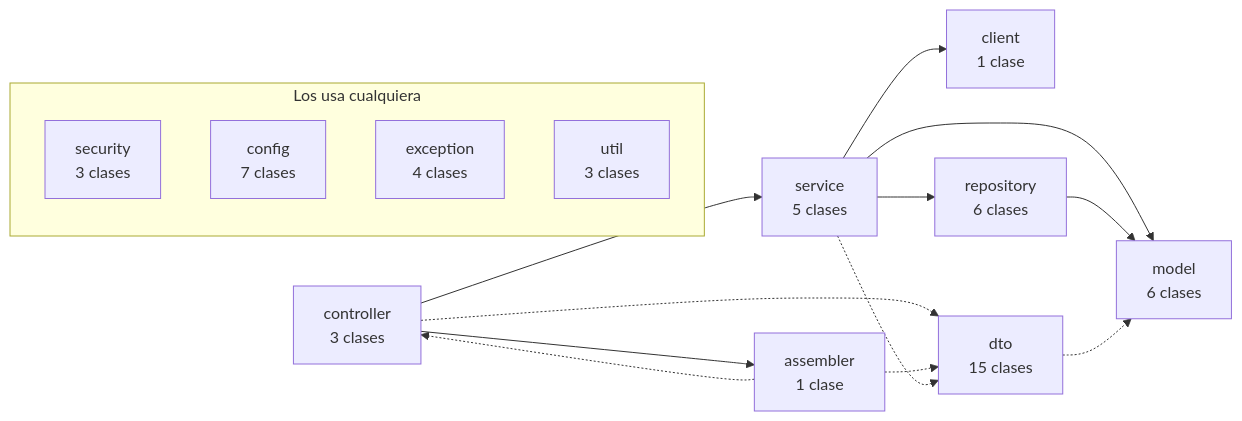
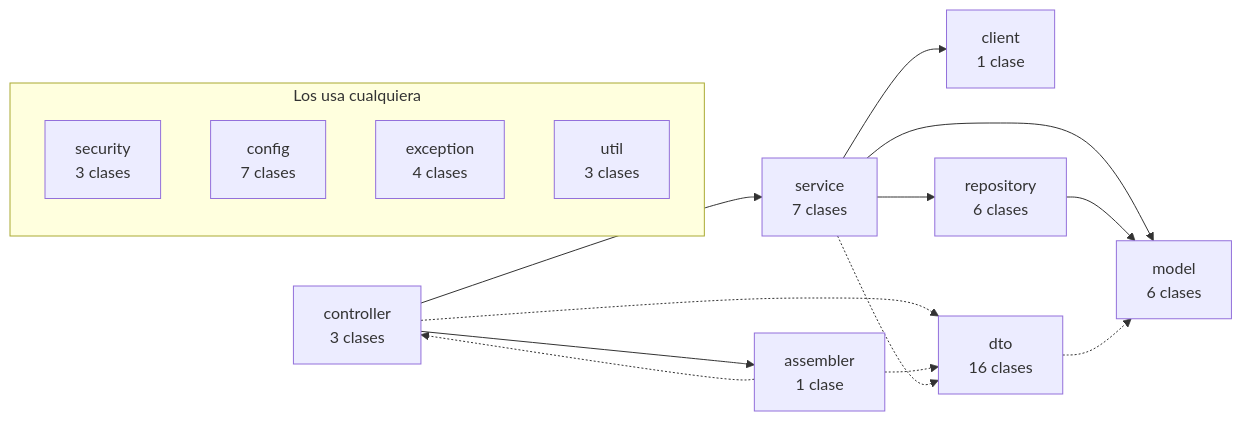
The second of 8 diagrams in docs/diagramas/componentes.md (TechnicalBridge/DataBridge), drawn with Mermaid before and after one commit. The commit also changed other lines of this file and 29 other files, not shown here.

````diff
--- a/docs/diagramas/componentes.md
+++ b/docs/diagramas/componentes.md
@@ -132,28 +132,28 @@
 ```mermaid
 flowchart LR
     controller["controller<br/>3 clases"]
     assembler["assembler<br/>1 clase"]
-    service["service<br/>5 clases"]
+    service["service<br/>7 clases"]
     client["client<br/>1 clase"]
     repository["repository<br/>6 clases"]
     model["model<br/>6 clases"]
-    dto["dto<br/>15 clases"]
+    dto["dto<br/>16 clases"]
     subgraph TRANSVERSAL["Los usa cualquiera"]
         direction TB
         security["security<br/>3 clases"]
         config["config<br/>7 clases"]
         exception["exception<br/>4 clases"]
         util["util<br/>3 clases"]
     end
     controller --> assembler
     controller --> service
     controller -.-> dto
     assembler -.-> controller
     assembler -.-> dto
     service --> client
     service --> repository
     service --> model
     service -.-> dto
     repository --> model
     dto -.-> model
 ```
````
